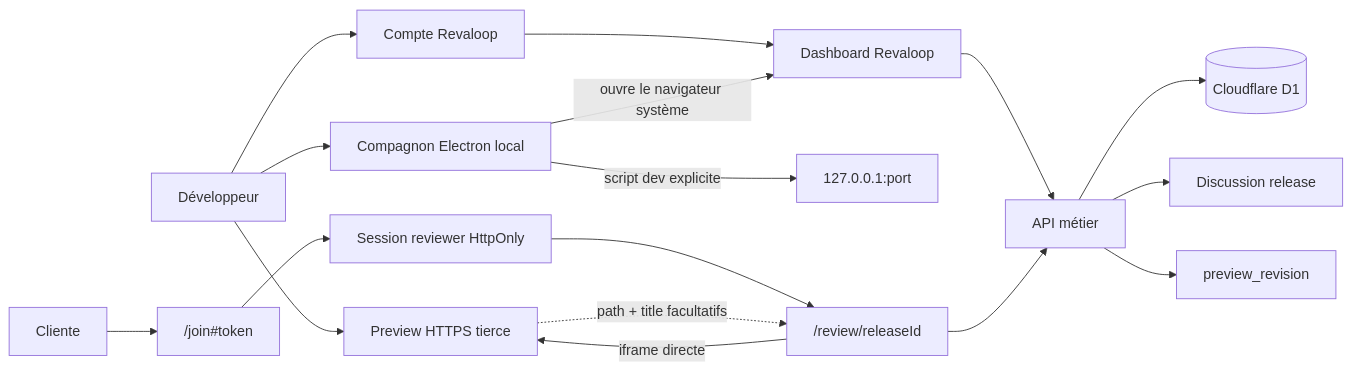
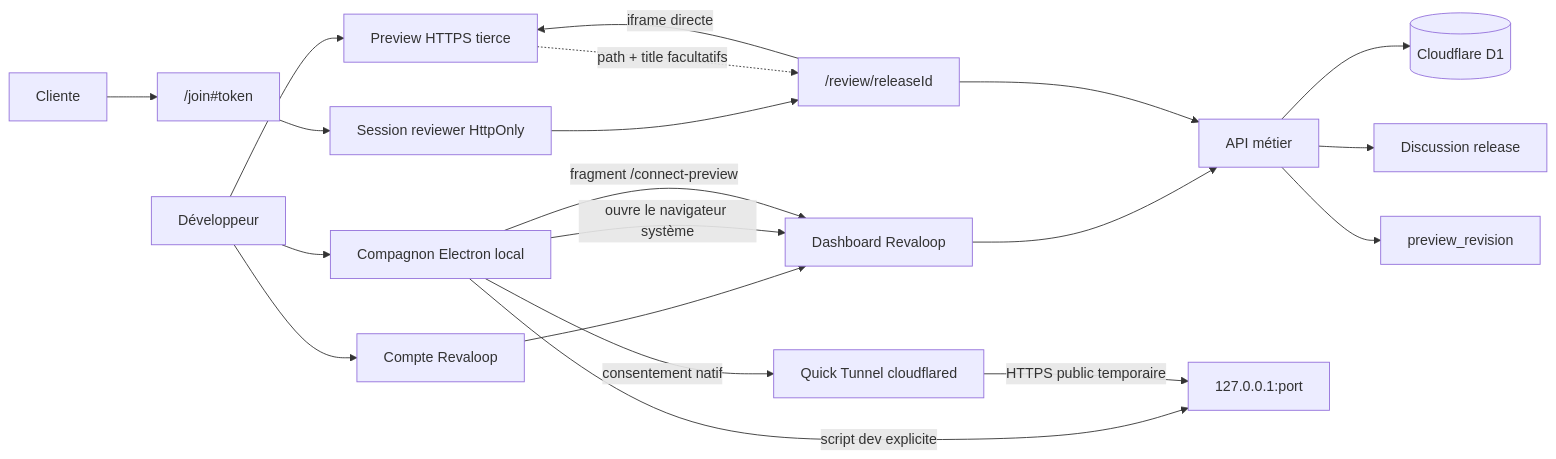
Before and after one commit to rfielbal/Revaloop: the first of 4 diagrams in docs/ARCHITECTURE.md, drawn with Mermaid. The commit also changed other lines of this file and 65 other files, not shown here.

````diff
--- a/docs/ARCHITECTURE.md
+++ b/docs/ARCHITECTURE.md
@@ -23,21 +24,24 @@
 ```mermaid
 flowchart LR
     dev["Développeur"] --> auth["Compte Revaloop"]
     auth --> dashboard["Dashboard Revaloop"]
     dashboard --> api["API métier"]
 
     dev --> preview["Preview HTTPS tierce"]
     dev --> desktop["Compagnon Electron local"]
     desktop -->|"ouvre le navigateur système"| dashboard
     desktop -->|"script dev explicite"| local["127.0.0.1:port"]
+    desktop -->|"consentement natif"| tunnel["Quick Tunnel cloudflared"]
+    tunnel -->|"HTTPS public temporaire"| local
+    desktop -->|"fragment /connect-preview"| dashboard
     api --> d1[("Cloudflare D1")]
 
     client["Cliente"] --> join["/join#token"]
     join --> session["Session reviewer HttpOnly"]
     session --> review["/review/releaseId"]
     review --> api
     review -->|"iframe directe"| preview
     preview -. "path + title facultatifs" .-> review
     api --> messages["Discussion release"]
     api --> revision["preview_revision"]
 ```
````
